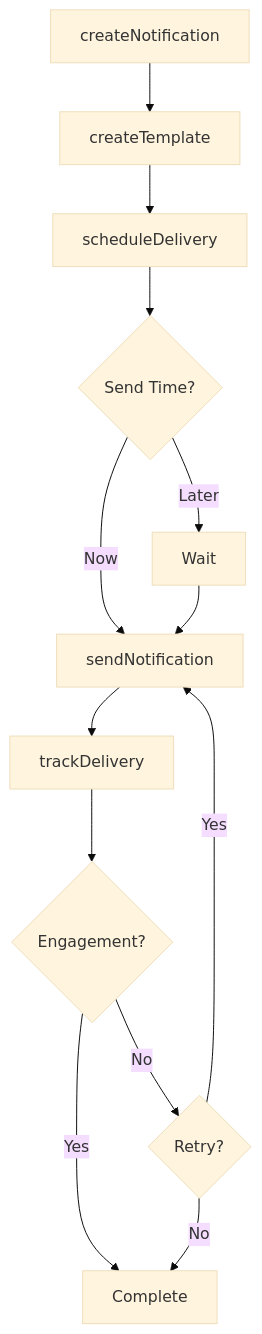
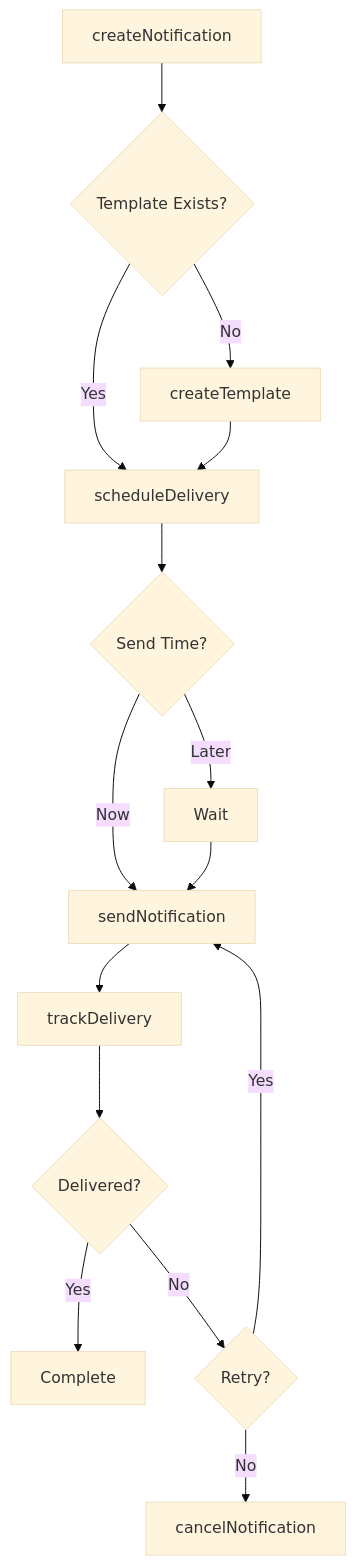
Before and after one commit to dot-org-ai/tasks.org.ai: the third of 4 diagrams in CommunicatingWithPeopleOutsideTheOrganization/ProvideInformationToGuestsClientsOrCustomers/ProvideNotificationsCustomersPatrons.mdx, drawn with Mermaid (base theme). The commit also changed other lines of this file and 504 other files, not shown here.

First line of the commit message:
feat: Add ER diagrams, state diagrams, and workflow improvements to 96 DWA task files

````diff
--- a/CommunicatingWithPeopleOutsideTheOrganization/ProvideInformationToGuestsClientsOrCustomers/ProvideNotificationsCustomersPatrons.mdx
+++ b/CommunicatingWithPeopleOutsideTheOrganization/ProvideInformationToGuestsClientsOrCustomers/ProvideNotificationsCustomersPatrons.mdx
@@ -87,15 +114,17 @@
 ```mermaid
 graph TD
-    A[createNotification] --> B[createTemplate]
-    B --> C[scheduleDelivery]
-    C --> D{Send Time?}
-    D -->|Now| E[sendNotification]
-    D -->|Later| F[Wait]
-    F --> E
-    E --> G[trackDelivery]
-    G --> H{Engagement?}
-    H -->|Yes| I[Complete]
-    H -->|No| J{Retry?}
-    J -->|Yes| E
-    J -->|No| I
+    A[createNotification] --> B{Template Exists?}
+    B -->|No| C[createTemplate]
+    B -->|Yes| D[scheduleDelivery]
+    C --> D
+    D --> E{Send Time?}
+    E -->|Now| F[sendNotification]
+    E -->|Later| G[Wait]
+    G --> F
+    F --> H[trackDelivery]
+    H --> I{Delivered?}
+    I -->|Yes| J[Complete]
+    I -->|No| K{Retry?}
+    K -->|Yes| F
+    K -->|No| L[cancelNotification]
 ```
````
